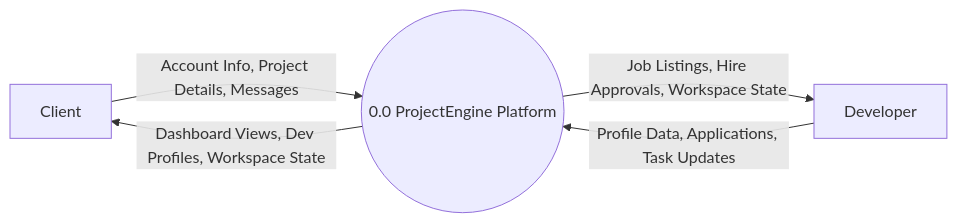
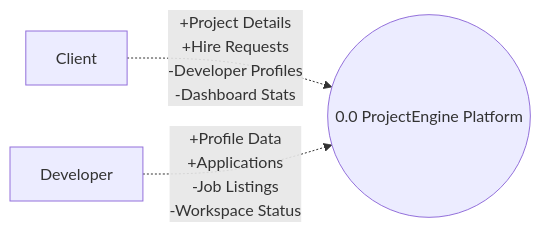
One commit to qhmed67/ProjectEngine changed the second of 5 diagrams in README.md. Above: the diagram before and after it, drawn with Mermaid. The commit also changed other lines of this file, not shown here.

````diff
--- a/README.md
+++ b/README.md
@@ -90,12 +99,9 @@
 ```mermaid
 flowchart LR
     Client[Client]
     Dev[Developer]
     Sys((0.0 ProjectEngine Platform))
 
-    Client -- "Account Info, Project Details, Messages" --> Sys
-    Sys -- "Dashboard Views, Dev Profiles, Workspace State" --> Client
-
-    Dev -- "Profile Data, Applications, Task Updates" --> Sys
-    Sys -- "Job Listings, Hire Approvals, Workspace State" --> Dev
+    Client -. "+Project Details\n+Hire Requests\n-Developer Profiles\n-Dashboard Stats" .-> Sys
+    Dev -. "+Profile Data\n+Applications\n-Job Listings\n-Workspace Status" .-> Sys
 ```
````
